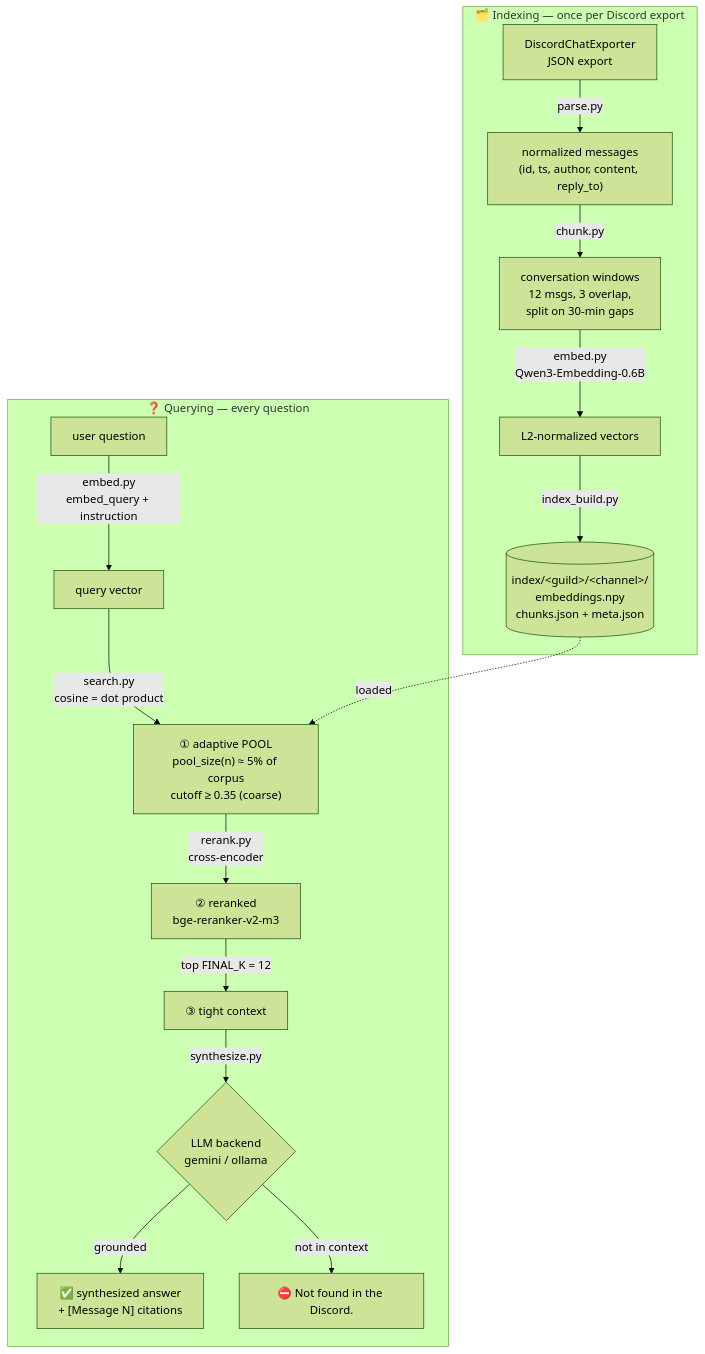
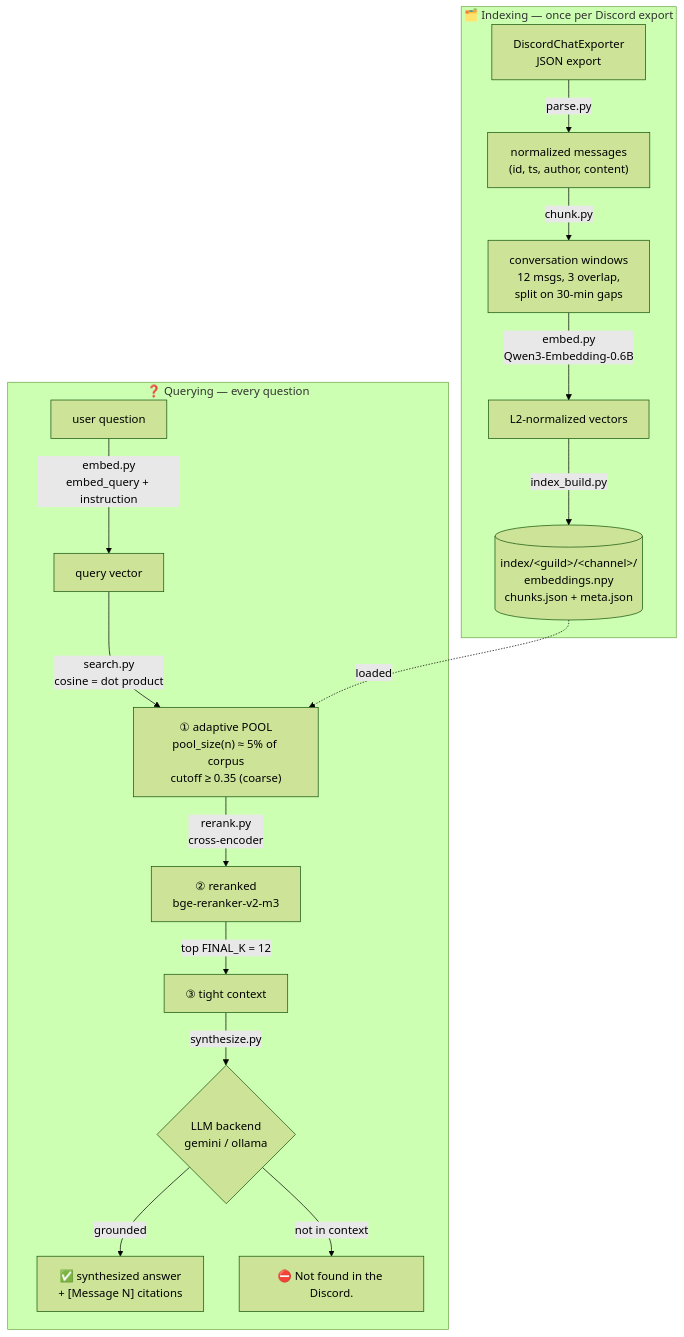
Before and after one commit to mattr13000/discord-answerer: the first of 4 diagrams in ARCHITECTURE.md, drawn with Mermaid (forest theme). The commit also changed other lines of this file and 13 other files, not shown here.

````diff
--- a/ARCHITECTURE.md
+++ b/ARCHITECTURE.md
@@ -19,20 +19,20 @@
 ```mermaid
 flowchart TD
     subgraph INGEST["🗂️ Indexing — once per Discord export"]
-        A["DiscordChatExporter<br/>JSON export"] -->|parse.py| B["normalized messages<br/>(id, ts, author, content, reply_to)"]
+        A["DiscordChatExporter<br/>JSON export"] -->|parse.py| B["normalized messages<br/>(id, ts, author, content)"]
         B -->|chunk.py| C["conversation windows<br/>12 msgs, 3 overlap,<br/>split on 30-min gaps"]
         C -->|embed.py<br/>Qwen3-Embedding-0.6B| D["L2-normalized vectors"]
         D -->|index_build.py| E[("index/&lt;guild&gt;/&lt;channel&gt;/<br/>embeddings.npy<br/>chunks.json + meta.json")]
     end
 
     subgraph QUERY["❓ Querying — every question"]
         Q["user question"] -->|embed.py<br/>embed_query + instruction| QV["query vector"]
         QV -->|search.py<br/>cosine = dot product| POOL["① adaptive POOL<br/>pool_size(n) ≈ 5% of corpus<br/>cutoff ≥ 0.35 (coarse)"]
         E -.loaded.-> POOL
         POOL -->|rerank.py<br/>cross-encoder| RR["② reranked<br/>bge-reranker-v2-m3"]
         RR -->|top FINAL_K = 12| SYN["③ tight context"]
         SYN -->|synthesize.py| LLM{"LLM backend<br/>gemini / ollama"}
         LLM -->|grounded| ANS["✅ synthesized answer<br/>+ [Message N] citations"]
         LLM -->|not in context| NF["⛔ Not found in the Discord."]
     end
 ```
````
